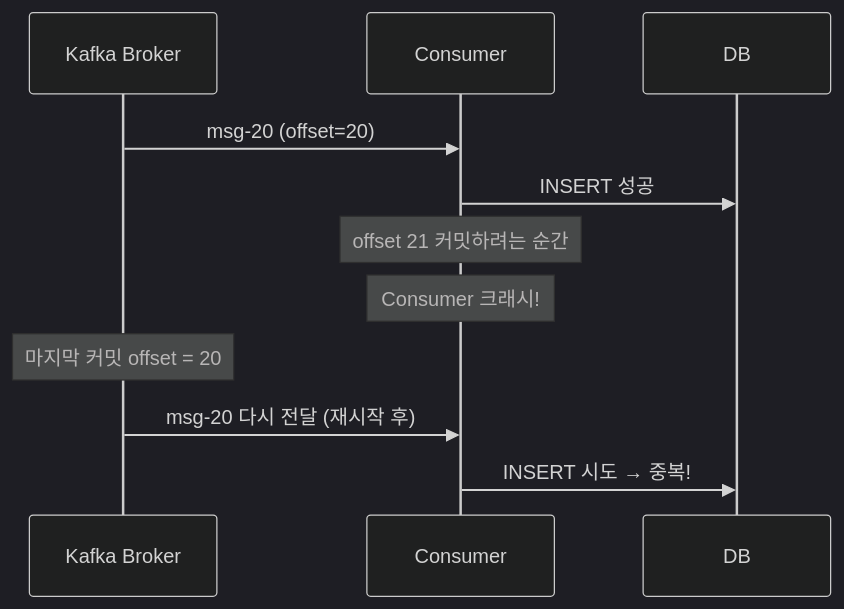
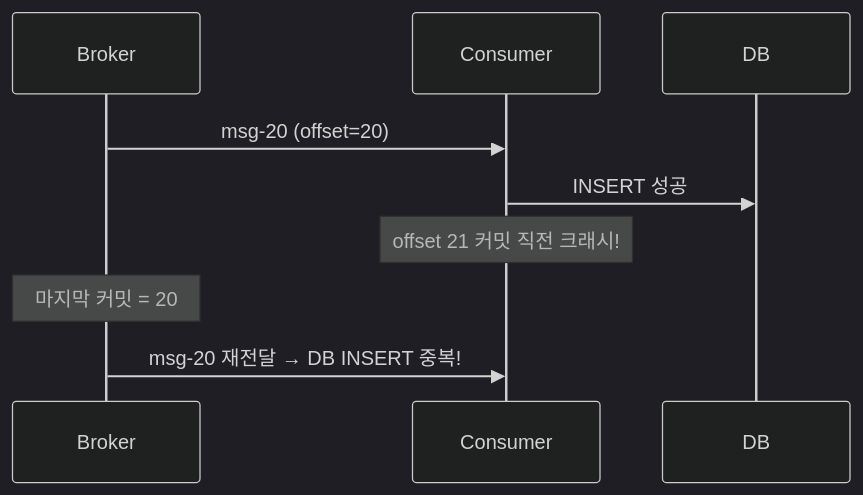
The second of 2 diagrams in docs/book/2-spring/02-consumer-offset.md (ghtjr410/kafka-lab), drawn with Mermaid (dark theme) before and after one commit. The commit also changed other lines of this file and 1 other file, not shown here.

First line of the commit message:
docs(II권): 본편 2장 Consumer & Offset 재산문화

````diff
--- a/docs/book/2-spring/02-consumer-offset.md
+++ b/docs/book/2-spring/02-consumer-offset.md
@@ -102,15 +74,11 @@
 ```mermaid
 sequenceDiagram
-    participant K as Kafka Broker
+    participant K as Broker
     participant C as Consumer
     participant DB as DB
-
     K->>C: msg-20 (offset=20)
     C->>DB: INSERT 성공
-    Note over C: offset 21 커밋하려는 순간
-    Note over C: Consumer 크래시!
-
-    Note over K: 마지막 커밋 offset = 20
-    K->>C: msg-20 다시 전달 (재시작 후)
-    C->>DB: INSERT 시도 → 중복!
+    Note over C: offset 21 커밋 직전 크래시!
+    Note over K: 마지막 커밋 = 20
+    K->>C: msg-20 재전달 → DB INSERT 중복!
 ```
````
